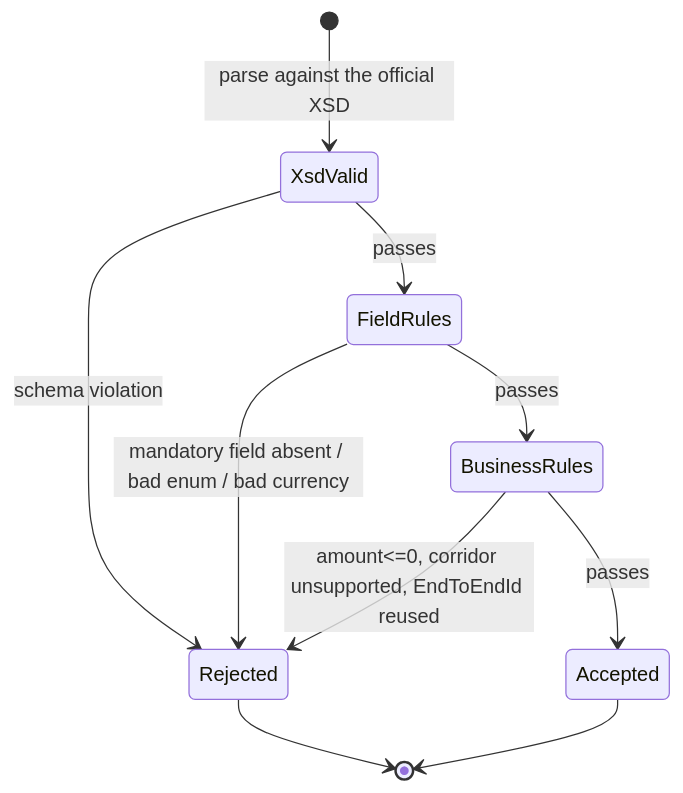
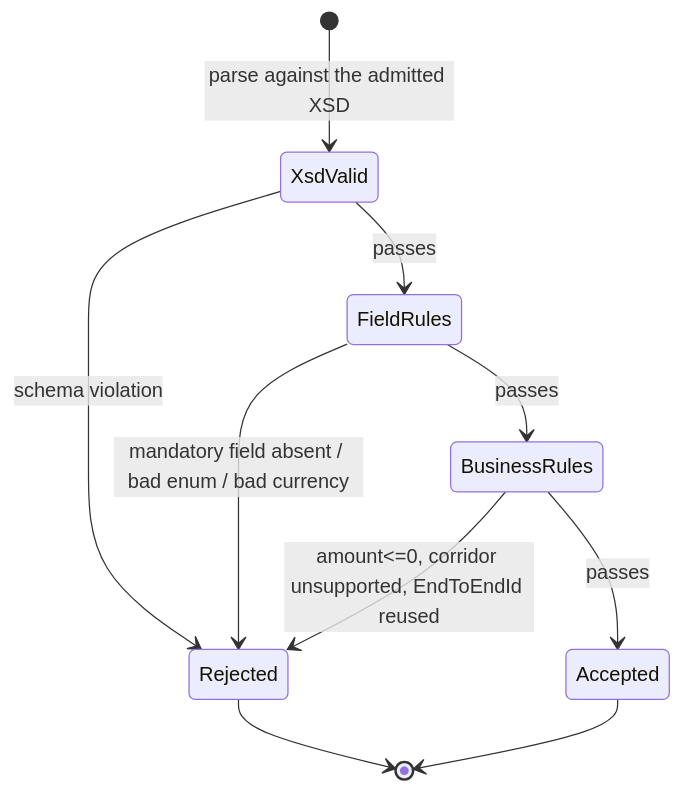
One commit to Katlego-tech/UbuntuRemit changed the third of 3 diagrams in docs/design/iso20022-messaging.md. Above: the diagram before and after it, drawn with Mermaid. The commit also changed other lines of this file and 6 other files, not shown here.

First line of the commit message:
docs(iso20022): restructure the message layer around schema governance

````diff
--- a/docs/design/iso20022-messaging.md
+++ b/docs/design/iso20022-messaging.md
@@ -111,12 +270,12 @@
 ```mermaid
 stateDiagram-v2
-    [*] --> XsdValid : parse against the official XSD
+    [*] --> XsdValid : parse against the admitted XSD
     XsdValid --> Rejected : schema violation
     XsdValid --> FieldRules : passes
     FieldRules --> Rejected : mandatory field absent / bad enum / bad currency
     FieldRules --> BusinessRules : passes
     BusinessRules --> Rejected : amount<=0, corridor unsupported, EndToEndId reused
     BusinessRules --> Accepted : passes
     Accepted --> [*]
     Rejected --> [*]
 ```
````
